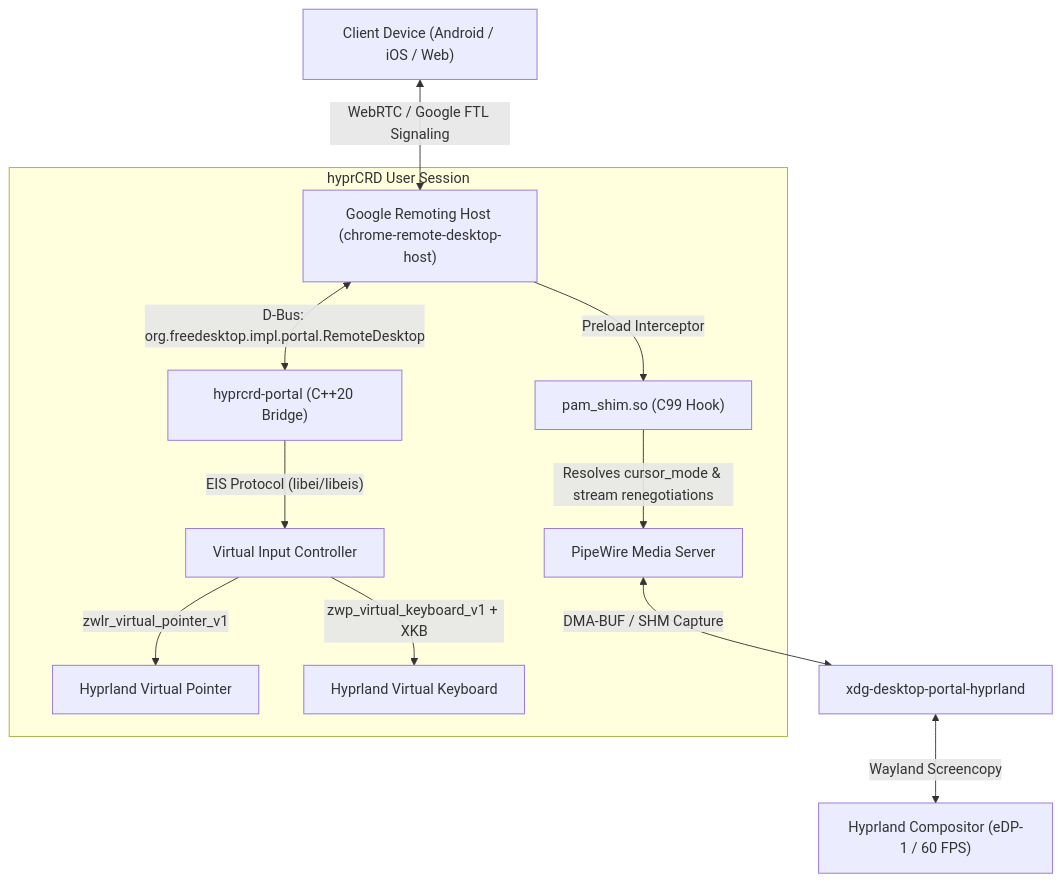
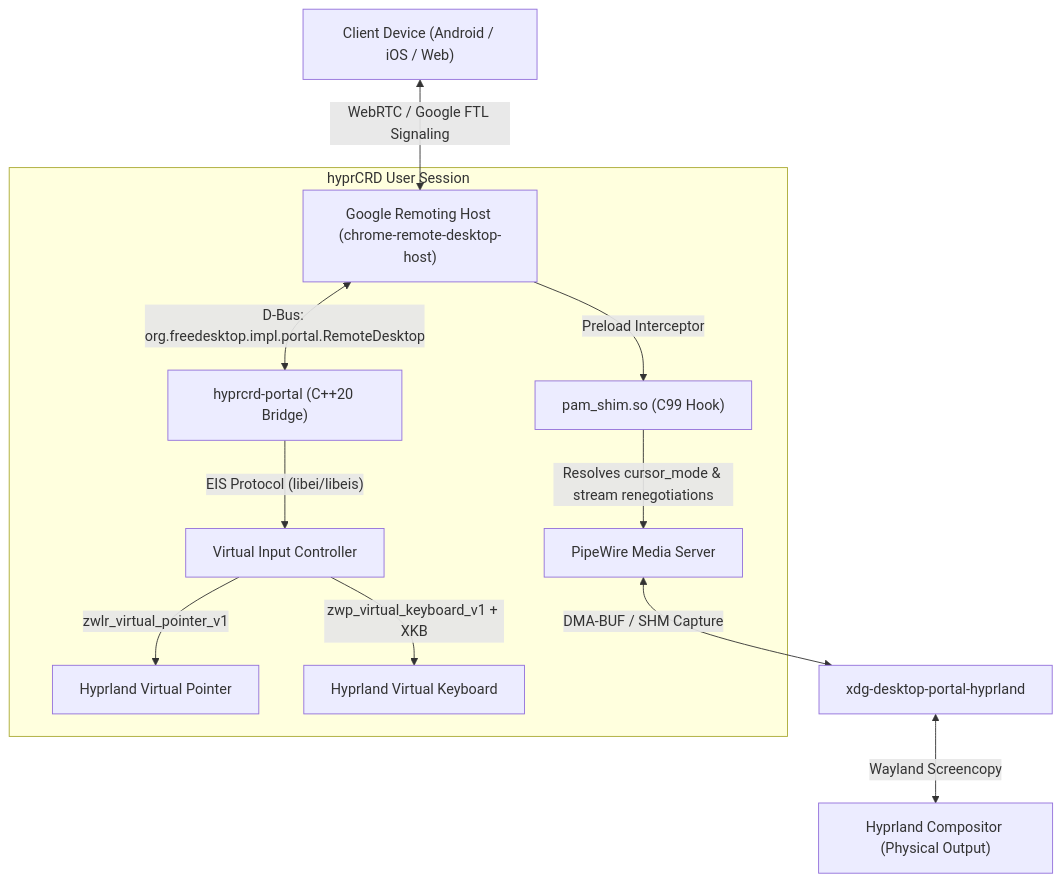
The diagram in README.md (jxoesneon/hyprCRD), drawn with Mermaid before and after one commit. The commit also changed other lines of this file and 9 other files, not shown here.

````diff
--- a/README.md
+++ b/README.md
@@ -30,17 +32,17 @@
 ```mermaid
 flowchart TD
     Client["Client Device (Android / iOS / Web)"] <-->|"WebRTC / Google FTL Signaling"| CRDHost["Google Remoting Host (chrome-remote-desktop-host)"]
     
     subgraph hyprCRD ["hyprCRD User Session"]
         CRDHost <-->|"D-Bus: org.freedesktop.impl.portal.RemoteDesktop"| Portal["hyprcrd-portal (C++20 Bridge)"]
         CRDHost -->|"Preload Interceptor"| Shim["pam_shim.so (C99 Hook)"]
         
         Shim -->|"Resolves cursor_mode & stream renegotiations"| PipeWire["PipeWire Media Server"]
         Portal -->|"EIS Protocol (libei/libeis)"| InputServer["Virtual Input Controller"]
         InputServer -->|"zwlr_virtual_pointer_v1"| HyprlandPointer["Hyprland Virtual Pointer"]
         InputServer -->|"zwp_virtual_keyboard_v1 + XKB"| HyprlandKeyboard["Hyprland Virtual Keyboard"]
     end
     
     PipeWire <-->|"DMA-BUF / SHM Capture"| XDPH["xdg-desktop-portal-hyprland"]
-    XDPH <-->|"Wayland Screencopy"| HyprlandCompositor["Hyprland Compositor (eDP-1 / 60 FPS)"]
+    XDPH <-->|"Wayland Screencopy"| HyprlandCompositor["Hyprland Compositor (Physical Output)"]
 ```
````
